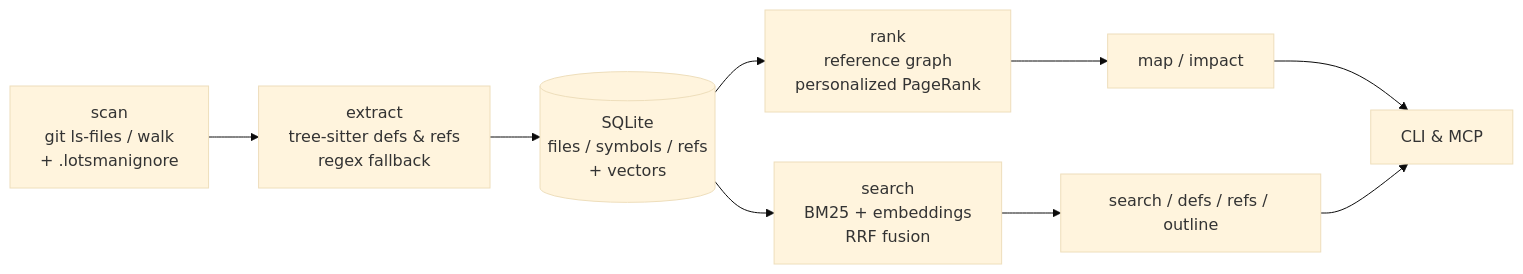
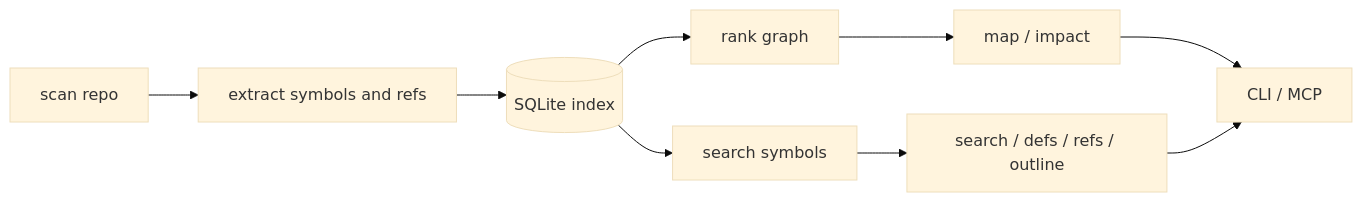
One commit to rezunenko-yurii/lotsman changed the diagram in README.md. Above: the diagram before and after it, drawn with Mermaid (base theme). The commit also changed other lines of this file and 5 other files, not shown here.

Commit message:
Improve README decision flow and benchmark coverage

````diff
--- a/README.md
+++ b/README.md
@@ -384,11 +311,11 @@
 ```mermaid
 flowchart LR
-    A["scan<br/>git ls-files / walk<br/>+ .lotsmanignore"] --> B["extract<br/>tree-sitter defs & refs<br/>regex fallback"]
-    B --> C[("SQLite<br/>files / symbols / refs<br/>+ vectors")]
-    C --> D["rank<br/>reference graph<br/>personalized PageRank"]
-    C --> E["search<br/>BM25 + embeddings<br/>RRF fusion"]
+    A["scan repo"] --> B["extract symbols and refs"]
+    B --> C[("SQLite index")]
+    C --> D["rank graph"]
+    C --> E["search symbols"]
     D --> F["map / impact"]
     E --> G["search / defs / refs / outline"]
-    F --> H["CLI & MCP"]
+    F --> H["CLI / MCP"]
     G --> H
 ```
````
